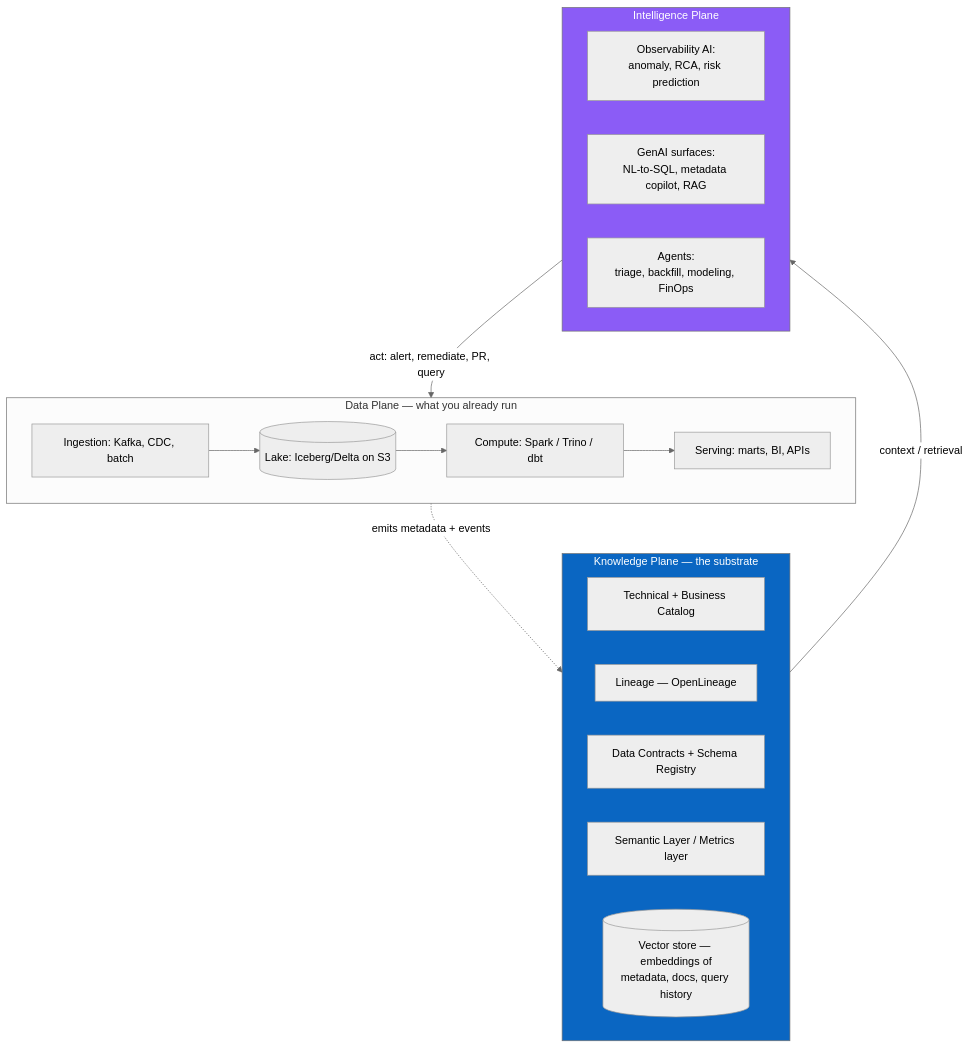
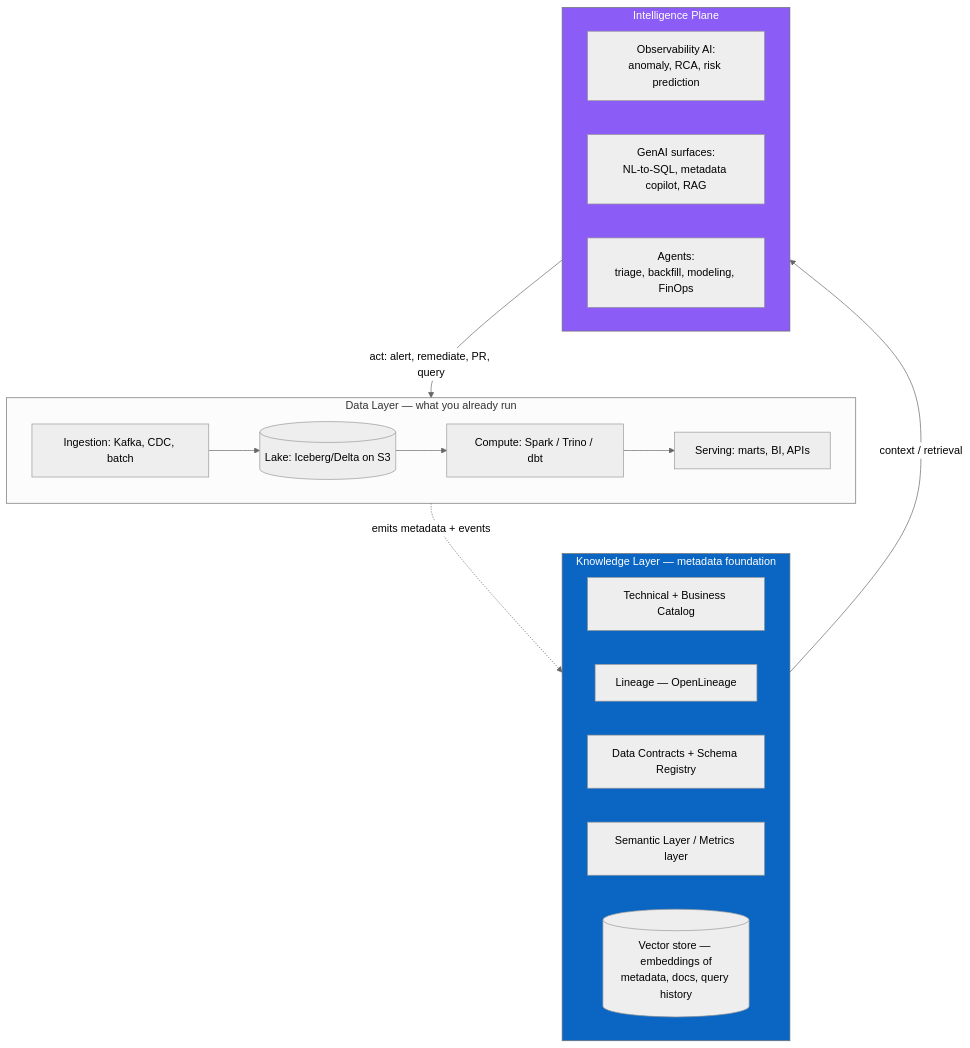
Before and after one commit to sharath-dataengineer/data-engineering-playbook: the second of 6 diagrams in platform-engineering/intelligent-data-platform/README.md, drawn with Mermaid (neutral theme). The commit also changed other lines of this file, not shown here.

Commit message:
Simplify Intelligent Data Platform chapter for mid-level DE accessibility

````diff
--- a/platform-engineering/intelligent-data-platform/README.md
+++ b/platform-engineering/intelligent-data-platform/README.md
@@ -101,29 +101,29 @@
 ```mermaid
 flowchart TB
-    subgraph DataPlane["Data Plane — what you already run"]
+    subgraph DataPlane["Data Layer — what you already run"]
         ING["Ingestion: Kafka, CDC, batch"] --> LAKE[("Lake: Iceberg/Delta on S3")]
         LAKE --> CMP["Compute: Spark / Trino / dbt"]
         CMP --> SERVE["Serving: marts, BI, APIs"]
     end
 
-    subgraph KnowledgePlane["Knowledge Plane — the substrate"]
+    subgraph KnowledgePlane["Knowledge Layer — metadata foundation"]
         CAT["Technical + Business Catalog"]
         LIN["Lineage — OpenLineage"]
         CONTRACT["Data Contracts + Schema Registry"]
         SEM["Semantic Layer / Metrics layer"]
         VEC[("Vector store — embeddings of<br/>metadata, docs, query history")]
     end
 
     subgraph IntelligencePlane["Intelligence Plane"]
         OBS["Observability AI:<br/>anomaly, RCA, risk prediction"]
         GENAI["GenAI surfaces:<br/>NL-to-SQL, metadata copilot, RAG"]
         AGENT["Agents:<br/>triage, backfill, modeling, FinOps"]
     end
 
     DataPlane -.->|emits metadata + events| KnowledgePlane
     KnowledgePlane -->|context / retrieval| IntelligencePlane
     IntelligencePlane -->|"act: alert, remediate, PR, query"| DataPlane
 
     style KnowledgePlane fill:#0A66C2,color:#fff
     style IntelligencePlane fill:#8B5CF6,color:#fff
 ```
````
